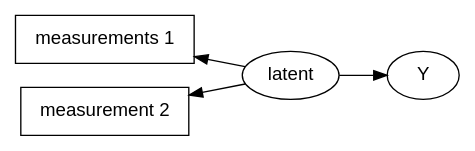
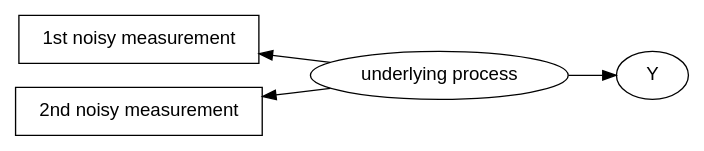
The fifth of 18 diagrams in 5_Slides/Intro_to_SEM_part2.qmd (pennekampster/Swiss_SEM), drawn with Graphviz before and after one commit. The commit also changed other lines of this file, not shown here.

````diff
--- a/5_Slides/Intro_to_SEM_part2.qmd
+++ b/5_Slides/Intro_to_SEM_part2.qmd
@@ -294,23 +263,24 @@
 ```{dot}
-//| fig-width: 6
+//| fig-width: 8
+//| fig-height: 5
 
 digraph  {
 
     graph [rankdir = LR, fontname = Helvetica]
    
    node [shape=box, fontname = Helvetica]
-   X1 [label="measurements 1"];
-   X2 [label="measurement 2"];
+   X1 [label="1st noisy measurement"];
+   X2 [label="2nd noisy measurement"];
     
    node [shape=oval]
-   Z [label="latent"]
+   Z [label="underlying process"]
     
    Z -> X1;
    Z -> X2;
    Z -> Y;
        
   {rank = max; Y}
   {rank = min; X1}
   {rank = same; X1;X2}
 }
 ```
````
